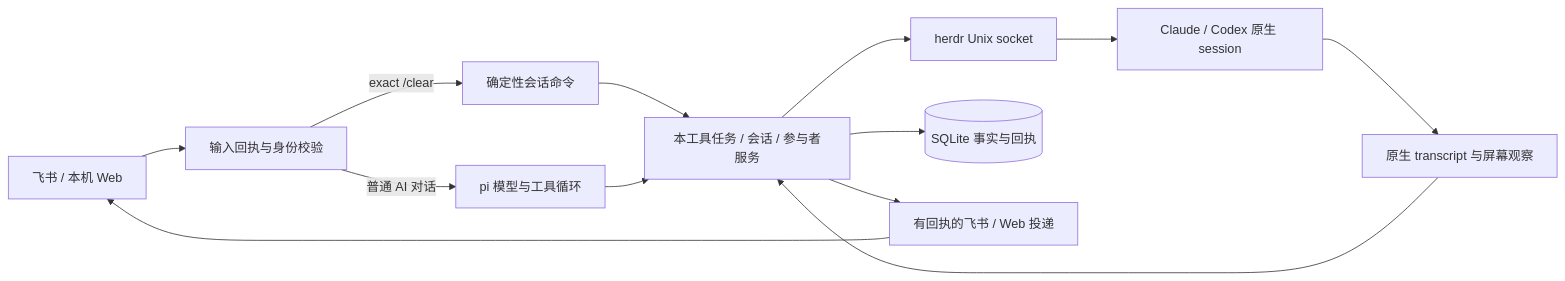
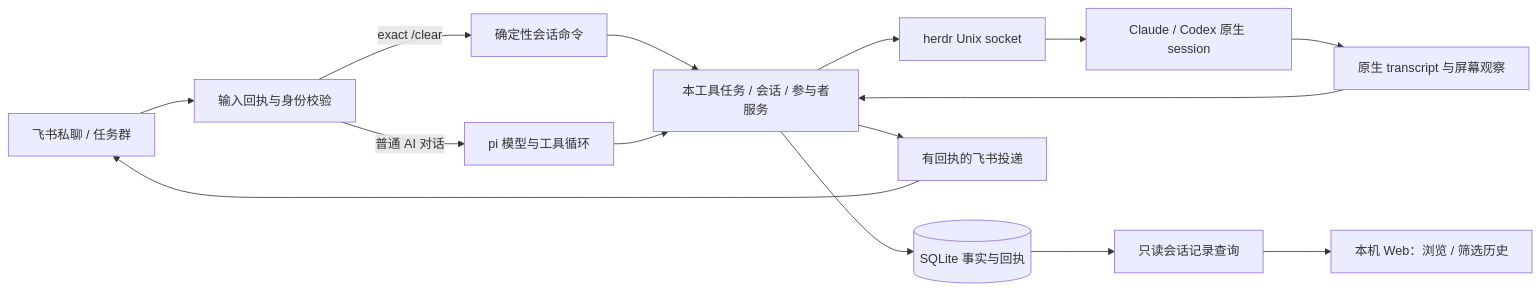
The diagram in docs/node-pi-design.md (hewenyu/herdr-agent), drawn with Mermaid before and after one commit. The commit also changed other lines of this file and 46 other files, not shown here.

````diff
--- a/docs/node-pi-design.md
+++ b/docs/node-pi-design.md
@@ -15,15 +17,17 @@
 ```mermaid
 flowchart LR
-  F[飞书 / 本机 Web] --> I[输入回执与身份校验]
+  F[飞书私聊 / 任务群] --> I[输入回执与身份校验]
   I -->|普通 AI 对话| P[pi 模型与工具循环]
   I -->|exact /clear| S[确定性会话命令]
   S --> T
   P --> T[本工具任务 / 会话 / 参与者服务]
   T --> H[herdr Unix socket]
   H --> C[Claude / Codex 原生 session]
   C --> O[原生 transcript 与屏幕观察]
   O --> T
   T --> D[(SQLite 事实与回执)]
-  T --> R[有回执的飞书 / Web 投递]
+  T --> R[有回执的飞书投递]
   R --> F
+  D --> V[只读会话记录查询]
+  V --> W[本机 Web：浏览 / 筛选历史]
 ```
````
